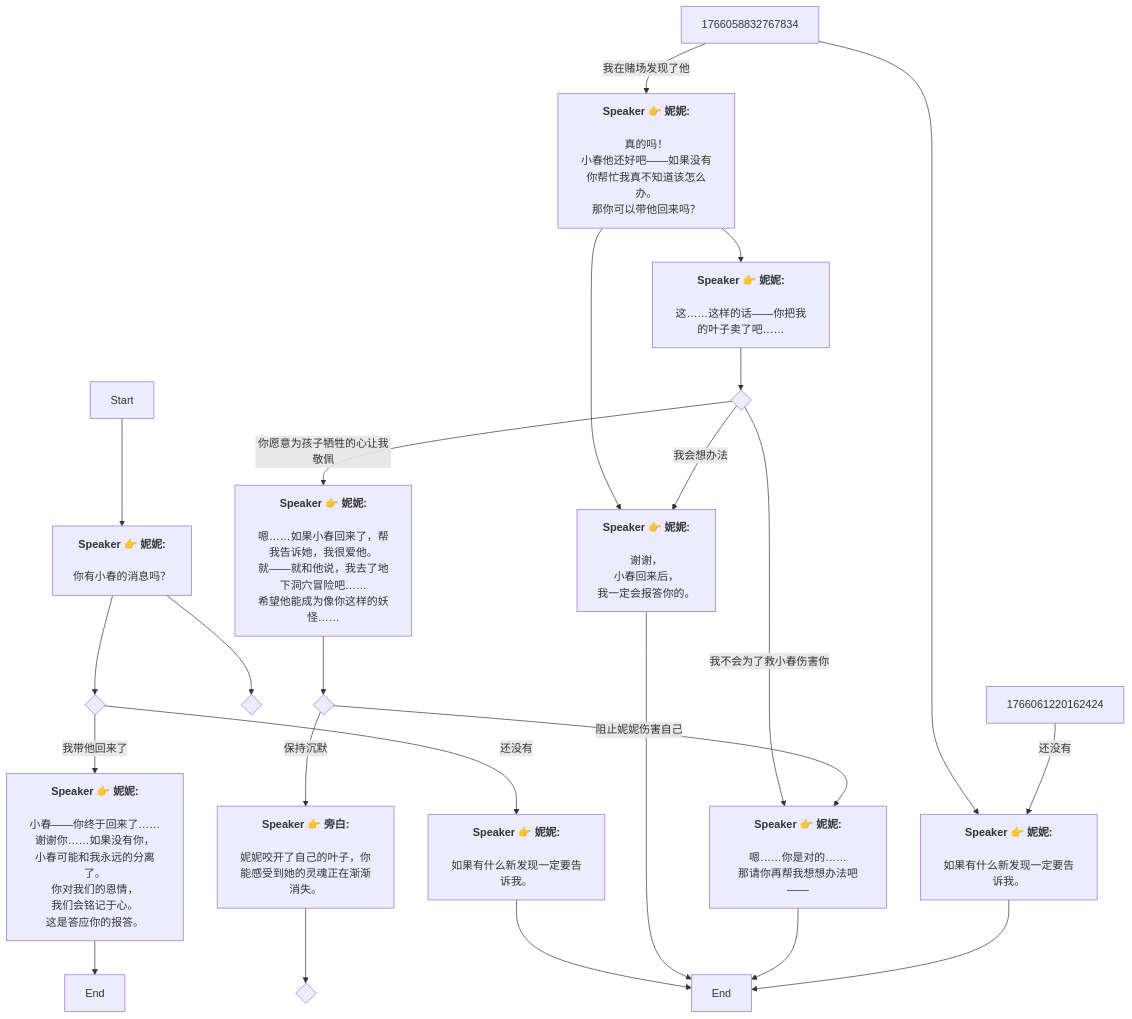
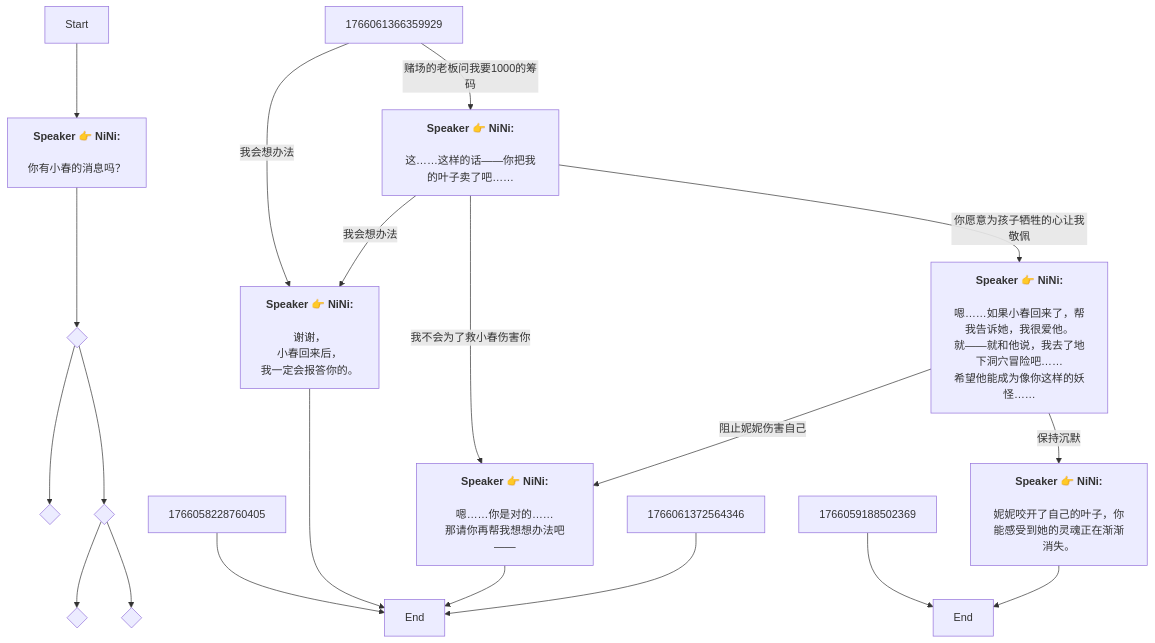
One commit to SoftHu/tos_avg changed the diagram in Zh/QuestNPCDeliveryENode_1766057877860170.md. Above: the diagram before and after it, drawn with Mermaid. The commit also changed 737 other files, not shown here.

````diff
--- a/Zh/QuestNPCDeliveryENode_1766057877860170.md
+++ b/Zh/QuestNPCDeliveryENode_1766057877860170.md
@@ -1,68 +1,35 @@
 ```mermaid
 graph
-Start -->1766058228759378[<b>Speaker 👉 妮妮:</b>
-
-你有小春的消息吗？]
-1766058228759378 -->1766058228759380{ }
-1766058228759378 -->1766060995138419{ }
-1766058228759380 -->|还没有|1766058228760405[<b>Speaker 👉 妮妮:</b>
-
-如果有什么新发现一定要告诉我。]
-1766058228759380 -->|我带他回来了|1766059188502369[<b>Speaker 👉 妮妮:</b>
-
-小春——你终于回来了……
-谢谢你……如果没有你，
-小春可能和我永远的分离了。
-你对我们的恩情，
-我们会铭记于心。
-这是答应你的报答。]
+Start -->1766058228759378[<b>Speaker 👉 NiNi:</b>
+\n你有小春的消息吗？]
+1766058228759378 -->1766058184354637{ }
+1766058184354637 -->1766058228759380{ }
+1766058184354637 -->1766060995138419{ }
 1766058228760405 -->1766058228761430[End]
 1766059188502369 -->1766059416893282[End]
-1766058832767834 -->|我在赌场发现了他|1766061366359929[<b>Speaker 👉 妮妮:</b>
-
-真的吗！
-小春他还好吧——如果没有你帮忙我真不知道该怎么办。
-那你可以带他回来吗？]
-1766058832767834 -->1766061372564346[<b>Speaker 👉 妮妮:</b>
-
-如果有什么新发现一定要告诉我。]
-1766061366359929 -->1766061455267712[<b>Speaker 👉 妮妮:</b>
-
-谢谢，
+1766060995138419 -->1766058832767834{ }
+1766060995138419 -->1766061220162424{ }
+1766061366359929 -->|我会想办法|1766061455267712[<b>Speaker 👉 NiNi:</b>
+\n谢谢，
 小春回来后，
 我一定会报答你的。]
-1766061366359929 -->1766061471389569[<b>Speaker 👉 妮妮:</b>
-
-这……这样的话——你把我的叶子卖了吧……]
+1766061366359929 -->|赌场的老板问我要1000的筹码|1766061471389569[<b>Speaker 👉 NiNi:</b>
+\n这……这样的话——你把我的叶子卖了吧……]
 1766061455267712 -->1766058228761430[End]
-1766061471389569 -->1766061522874246{ }
-1766061522874246 -->|我不会为了救小春伤害你|1766061547048841[<b>Speaker 👉 妮妮:</b>
-
-嗯……你是对的……
-那请你再帮我想想办法吧——]
-1766061522874246 -->|你愿意为孩子牺牲的心让我敬佩|1766061575944074[<b>Speaker 👉 妮妮:</b>
-
-嗯……如果小春回来了，帮我告诉她，我很爱他。
-就——就和他说，我去了地下洞穴冒险吧……
-希望他能成为像你这样的妖怪……]
-1766061522874246 -->|我会想办法|1766061455267712[<b>Speaker 👉 妮妮:</b>
-
-谢谢，
+1766061471389569 -->|我不会为了救小春伤害你|1766061547048841[<b>Speaker 👉 NiNi:</b>
+\n嗯……你是对的……\n那请你再帮我想想办法吧——]
+1766061471389569 -->|你愿意为孩子牺牲的心让我敬佩|1766061575944074[<b>Speaker 👉 NiNi:</b>
+\n嗯……如果小春回来了，帮我告诉她，我很爱他。\n就——就和他说，我去了地下洞穴冒险吧……\n希望他能成为像你这样的妖怪……]
+1766061471389569 -->|我会想办法|1766061455267712[<b>Speaker 👉 NiNi:</b>
+\n谢谢，
 小春回来后，
 我一定会报答你的。]
 1766061547048841 -->1766058228761430[End]
-1766061575944074 -->1766061857908619{ }
-1766061857908619 -->|阻止妮妮伤害自己|1766061547048841[<b>Speaker 👉 妮妮:</b>
+1766061575944074 -->|阻止妮妮伤害自己|1766061547048841[<b>Speaker 👉 NiNi:</b>
+\n嗯……你是对的……\n那请你再帮我想想办法吧——]
+1766061575944074 -->|保持沉默|1766061898342288[<b>Speaker 👉 NiNi:</b>
+\n妮妮咬开了自己的叶子，你能感受到她的灵魂正在渐渐消失。]
+1766061898342288 -->1766059416893282[End]
+1766061372564346 -->1766058228761430[End]
 
-嗯……你是对的……
-那请你再帮我想想办法吧——]
-1766061857908619 -->|保持沉默|1766061898342288[<b>Speaker 👉 旁白:</b>
-
-妮妮咬开了自己的叶子，你能感受到她的灵魂正在渐渐消失。]
-1766061898342288 -->1766063632957332{ }
-1766061372564346 -->1766058228761430[End]
-1766061220162424 -->|还没有|1766061372564346[<b>Speaker 👉 妮妮:</b>
-
-如果有什么新发现一定要告诉我。]
-
- ```
+```
````
